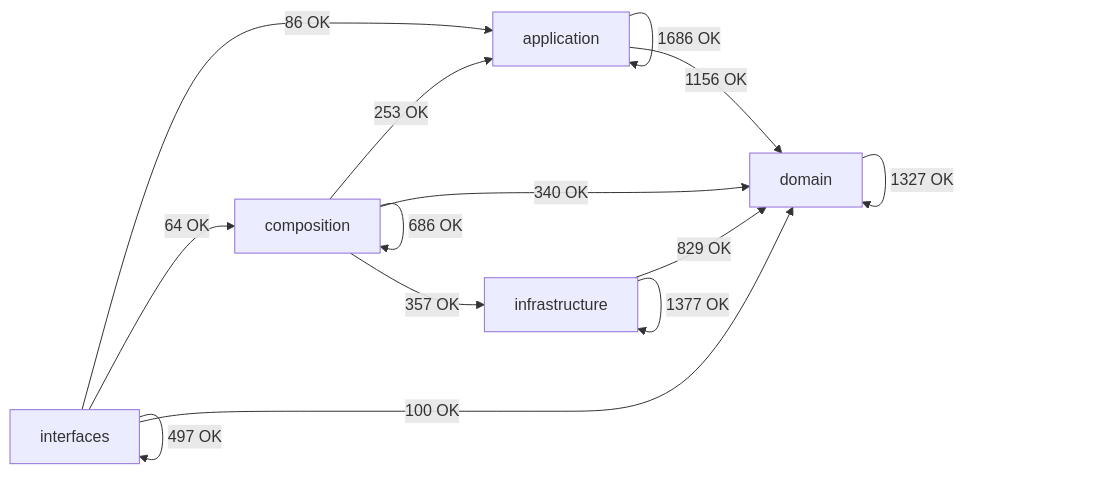
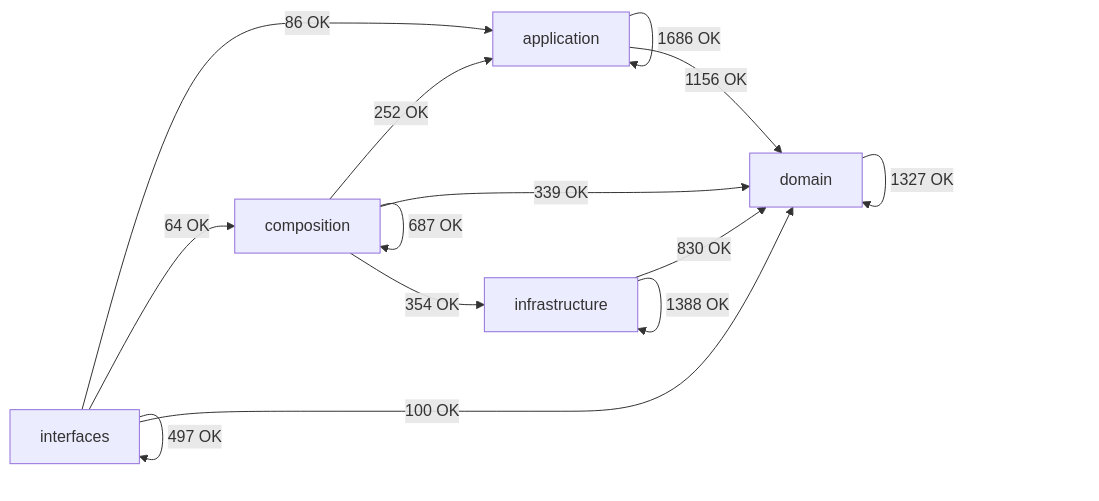
Before and after one commit to SatoryKono/BioactivityDataAcquisition: the diagram in docs/02-architecture/generated/module-dependency-map.md, drawn with Mermaid. The commit also changed other lines of this file and 21 other files, not shown here.

````diff
--- a/docs/02-architecture/generated/module-dependency-map.md
+++ b/docs/02-architecture/generated/module-dependency-map.md
@@ -17,21 +17,21 @@
 ```mermaid
 flowchart LR
     domain[domain]
     application[application]
     infrastructure[infrastructure]
     composition[composition]
     interfaces[interfaces]
     application -->|1686 OK| application
     application -->|1156 OK| domain
-    composition -->|253 OK| application
-    composition -->|686 OK| composition
-    composition -->|340 OK| domain
-    composition -->|357 OK| infrastructure
+    composition -->|252 OK| application
+    composition -->|687 OK| composition
+    composition -->|339 OK| domain
+    composition -->|354 OK| infrastructure
     domain -->|1327 OK| domain
-    infrastructure -->|829 OK| domain
-    infrastructure -->|1377 OK| infrastructure
+    infrastructure -->|830 OK| domain
+    infrastructure -->|1388 OK| infrastructure
     interfaces -->|86 OK| application
     interfaces -->|64 OK| composition
     interfaces -->|100 OK| domain
     interfaces -->|497 OK| interfaces
 ```
````
